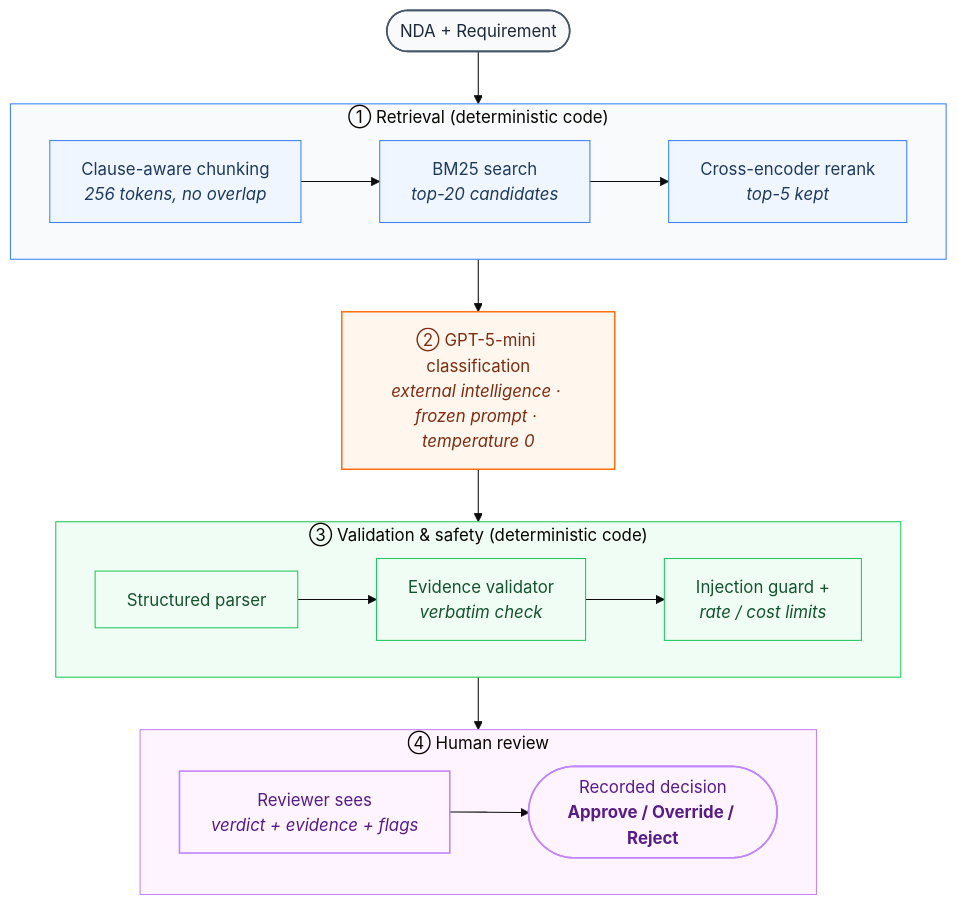
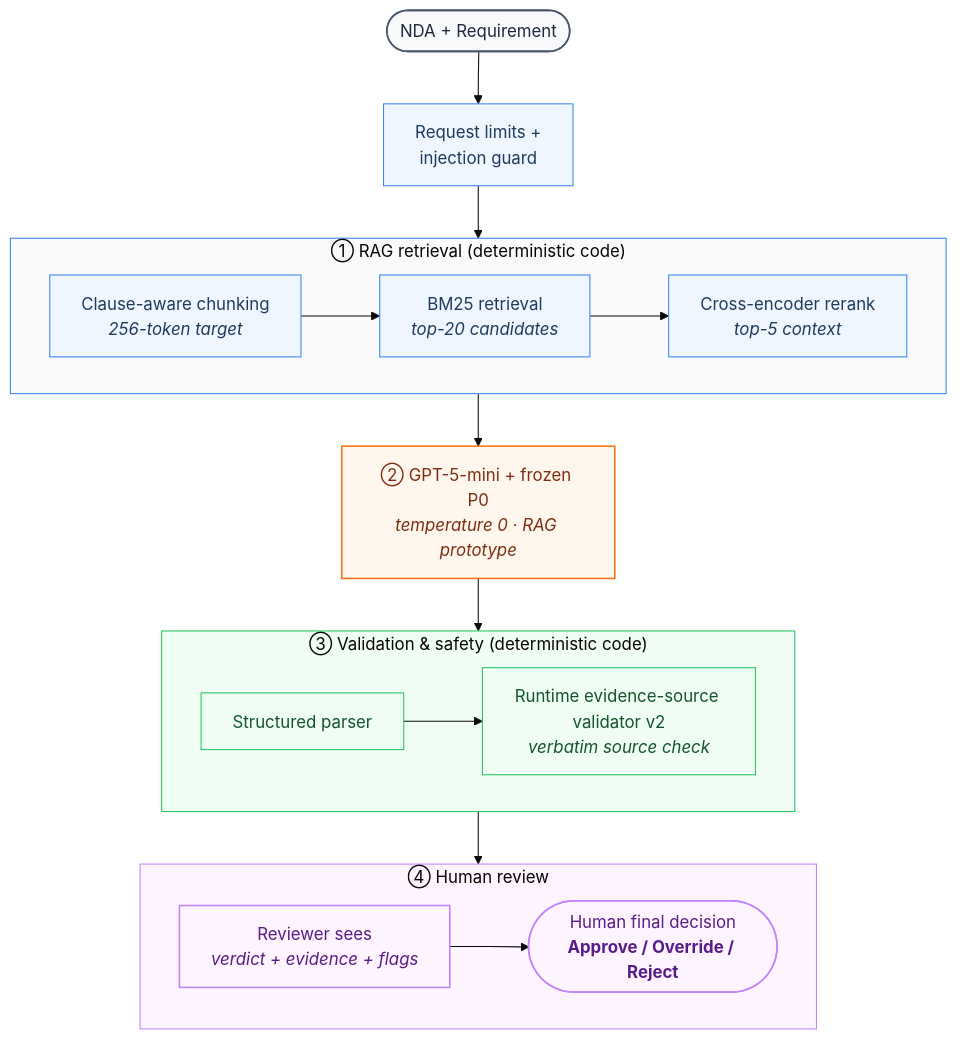
One commit to AsmithaUbaid/ndatrace changed the diagram in PRODUCT.md. Above: the diagram before and after it, drawn with Mermaid (base theme). The commit also changed other lines of this file and 6 other files, not shown here.

````diff
--- a/PRODUCT.md
+++ b/PRODUCT.md
@@ -35,47 +36,47 @@
 ```mermaid
 flowchart TD
     IN(["NDA + Requirement"])
 
-    subgraph RETRIEVAL["① Retrieval (deterministic code)"]
+    subgraph RETRIEVAL["① RAG retrieval (deterministic code)"]
         direction LR
-        CHUNK["Clause-aware chunking<br/><i>256 tokens, no overlap</i>"]
-        BM25["BM25 search<br/><i>top-20 candidates</i>"]
-        RERANK["Cross-encoder rerank<br/><i>top-5 kept</i>"]
+        CHUNK["Clause-aware chunking<br/><i>256-token target</i>"]
+        BM25["BM25 retrieval<br/><i>top-20 candidates</i>"]
+        RERANK["Cross-encoder rerank<br/><i>top-5 context</i>"]
         CHUNK --> BM25 --> RERANK
     end
 
-    LLM["② GPT-5-mini classification<br/><i>external intelligence · frozen prompt · temperature 0</i>"]
+    GUARD["Request limits +<br/>injection guard"]
+    LLM["② GPT-5-mini + frozen P0<br/><i>temperature 0 · RAG prototype</i>"]
 
     subgraph VALIDATE["③ Validation & safety (deterministic code)"]
         direction LR
         PARSE["Structured parser"]
-        EVID["Evidence validator<br/><i>verbatim check</i>"]
-        GUARD["Injection guard +<br/><i>rate / cost limits</i>"]
-        PARSE --> EVID --> GUARD
+        EVID["Runtime evidence-source validator v2<br/><i>verbatim source check</i>"]
+        PARSE --> EVID
     end
 
     subgraph HUMAN["④ Human review"]
         direction LR
         REVIEWER["Reviewer sees<br/><i>verdict + evidence + flags</i>"]
-        DECISION(["Recorded decision<br/><b>Approve / Override / Reject</b>"])
+        DECISION(["Human final decision<br/><b>Approve / Override / Reject</b>"])
         REVIEWER --> DECISION
     end
 
-    IN --> RETRIEVAL --> LLM --> VALIDATE --> HUMAN
+    IN --> GUARD --> RETRIEVAL --> LLM --> VALIDATE --> HUMAN
 
     classDef input fill:#f8fafc,stroke:#475569,stroke-width:1.5px,color:#1e293b;
     classDef stage fill:#eff6ff,stroke:#3b82f6,stroke-width:1px,color:#1e3a5f;
     classDef model fill:#fff7ed,stroke:#f97316,stroke-width:1.5px,color:#7c2d12;
     classDef control fill:#f0fdf4,stroke:#22c55e,stroke-width:1px,color:#14532d;
     classDef human fill:#fdf4ff,stroke:#c084fc,stroke-width:1.5px,color:#581c87;
 
     class IN input;
-    class CHUNK,BM25,RERANK stage;
+    class CHUNK,BM25,RERANK,GUARD stage;
     class LLM model;
-    class PARSE,EVID,GUARD control;
+    class PARSE,EVID control;
     class REVIEWER,DECISION human;
 
     style RETRIEVAL fill:#f8fafc,stroke:#3b82f6,stroke-width:1px
     style VALIDATE fill:#f0fdf4,stroke:#22c55e,stroke-width:1px
     style HUMAN fill:#fdf4ff,stroke:#c084fc,stroke-width:1px
 ```
````
